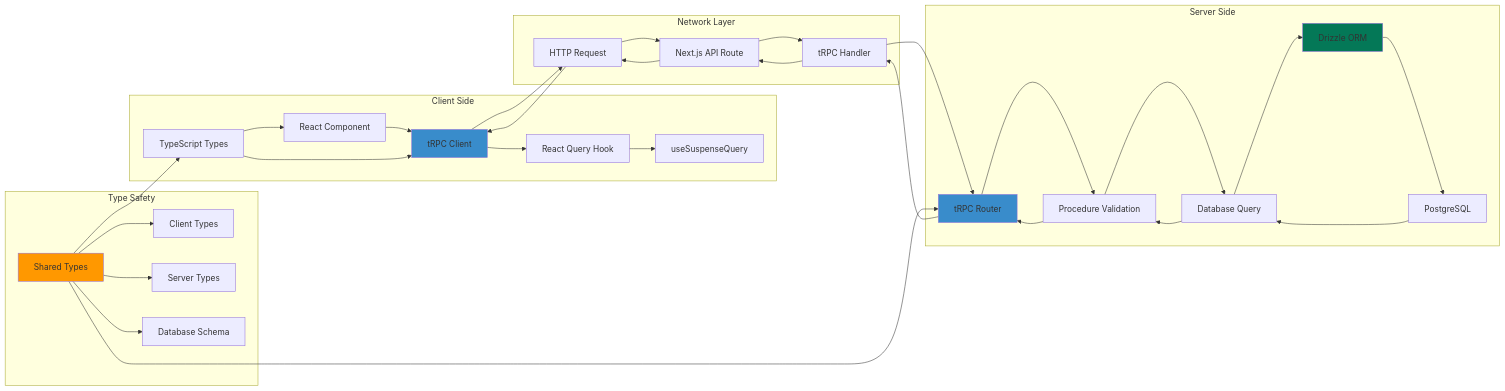
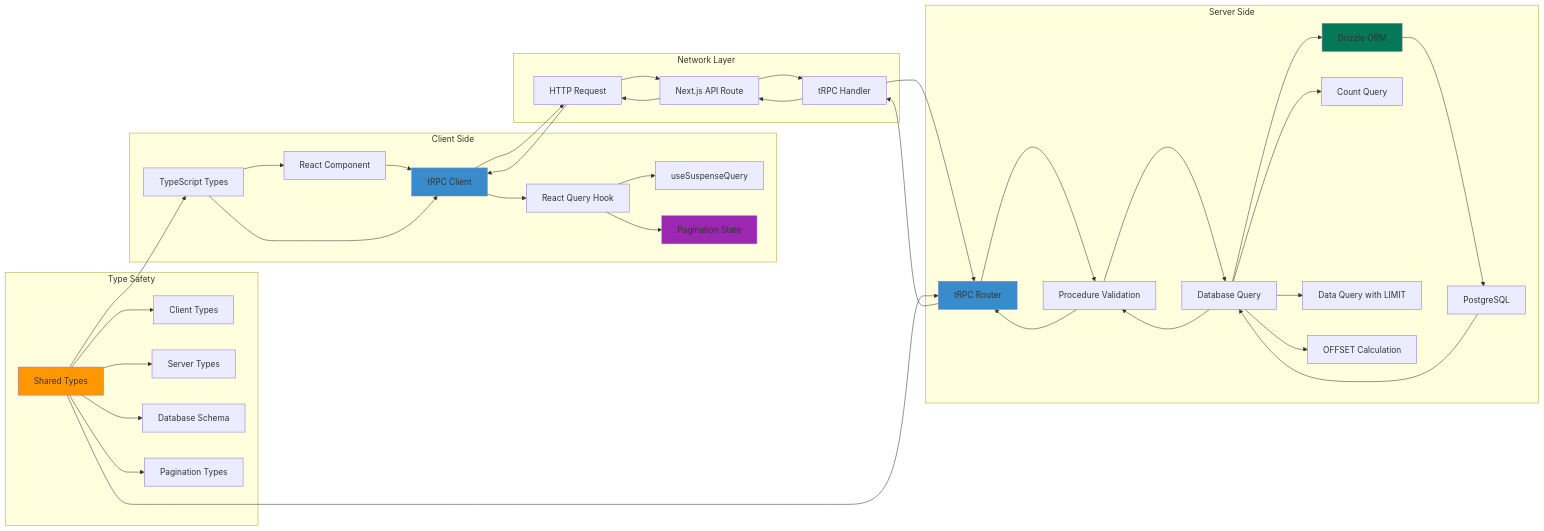
The fifth of 14 diagrams in README.md (felipesanchez-dev/agentesia), drawn with Mermaid before and after one commit. The commit also changed other lines of this file, not shown here.

Commit message:
docs: Update README.md with enhanced features, architecture diagrams, and improved documentation

````diff
--- a/README.md
+++ b/README.md
@@ -307,47 +370,54 @@
 ```mermaid
 graph LR
     subgraph "Client Side"
         A[React Component] --> B[tRPC Client]
         B --> C[React Query Hook]
         C --> D[useSuspenseQuery]
-        
-        E[TypeScript Types] --> A
-        E --> B
+        C --> E[Pagination State]
+
+        F[TypeScript Types] --> A
+        F --> B
     end
-    
+
     subgraph "Network Layer"
-        F[HTTP Request] --> G[Next.js API Route]
-        G --> H[tRPC Handler]
+        G[HTTP Request] --> H[Next.js API Route]
+        H --> I[tRPC Handler]
     end
-    
+
     subgraph "Server Side"
-        H --> I[tRPC Router]
-        I --> J[Procedure Validation]
-        J --> K[Database Query]
-        K --> L[Drizzle ORM]
-        L --> M[PostgreSQL]
+        I --> J[tRPC Router]
+        J --> K[Procedure Validation]
+        K --> L[Database Query]
+        L --> M[Drizzle ORM]
+        M --> N[PostgreSQL]
+
+        L --> L1[Count Query]
+        L --> L2[Data Query with LIMIT]
+        L --> L3[OFFSET Calculation]
     end
-    
+
     subgraph "Type Safety"
-        N[Shared Types] --> O[Client Types]
-        N --> P[Server Types]
-        N --> Q[Database Schema]
+        O[Shared Types] --> P[Client Types]
+        O --> Q[Server Types]
+        O --> R[Database Schema]
+        O --> S[Pagination Types]
     end
-    
-    B --> F
-    M --> K
+
+    B --> G
+    N --> L
+    L --> K
     K --> J
     J --> I
     I --> H
     H --> G
-    G --> F
-    F --> B
-    
-    N --> E
-    N --> I
-    
+    G --> B
+
+    O --> F
+    O --> J
+
     style B fill:#398CCB
-    style I fill:#398CCB
-    style L fill:#047857
-    style N fill:#ff9800
+    style J fill:#398CCB
+    style M fill:#047857
+    style O fill:#ff9800
+    style E fill:#9c27b0
 ```
````
